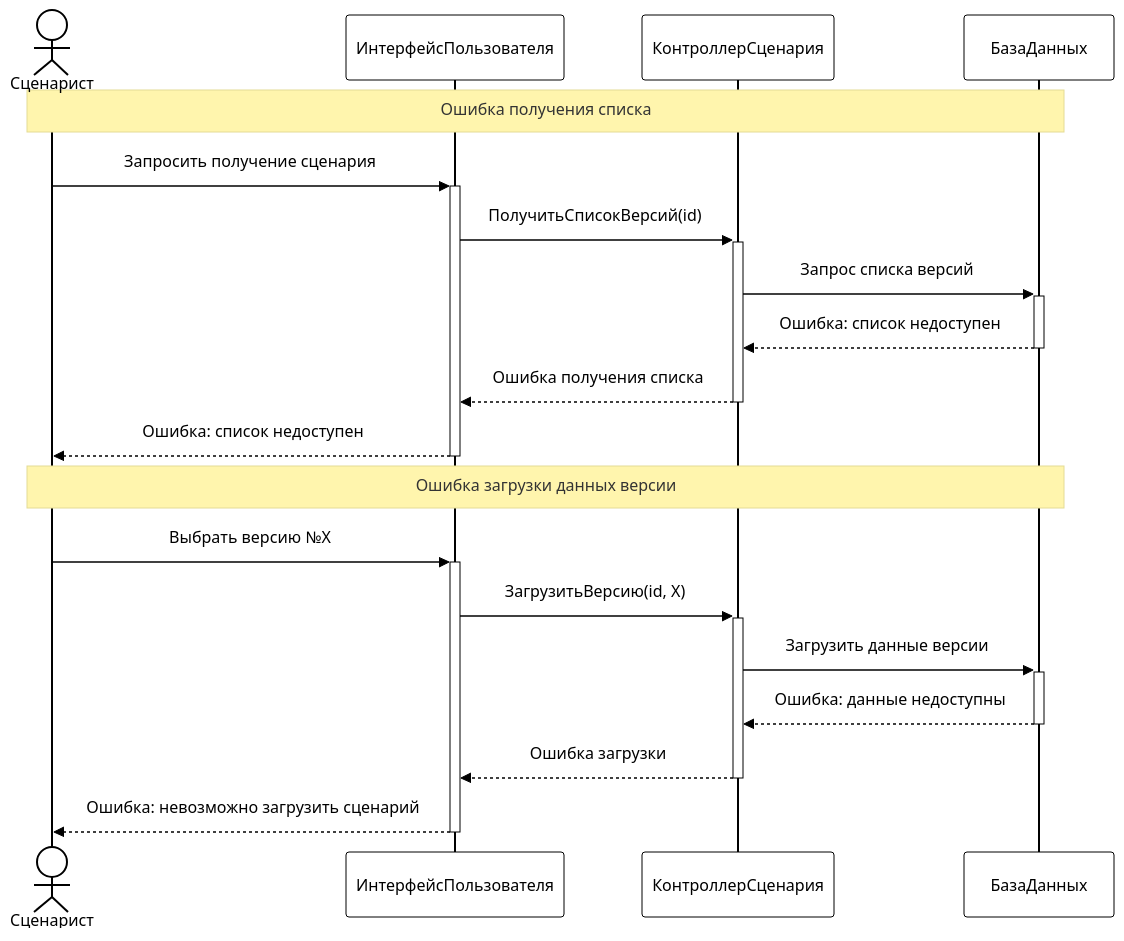
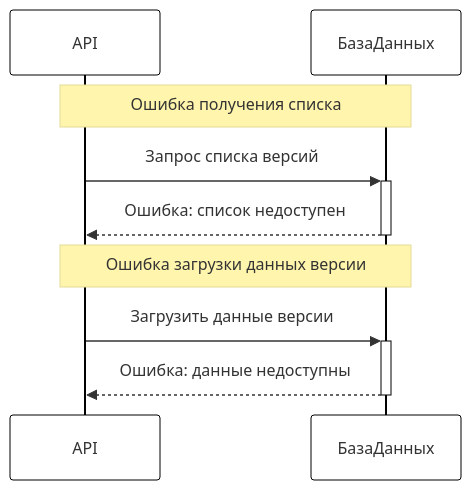
The fourth of 6 diagrams in Пакет Обработка эмбеддингов/Диаграмма последовательностей взаимодействия объектов классов.md (CHSU-scenarAIst/diagrammy), drawn with Mermaid before and after one commit. The commit also changed other lines of this file and 8 other files, not shown here.

````diff
--- a/Пакет Обработка эмбеддингов/Диаграмма последовательностей взаимодействия объектов классов.md
+++ b/Пакет Обработка эмбеддингов/Диаграмма последовательностей взаимодействия объектов классов.md
@@ -164,42 +91,22 @@
 ```mermaid
 %%{init: {
   'theme': 'base',
   'themeVariables': {
     'primaryColor': '#fff',
     'primaryBorderColor': '#000',
-    'lineColor': '#000',
-    'tertiaryColor': '#fff',
-    'edgeColor': '#000',
-    'fontFamily': 'arial',
     'fontSize': '16px',
-    'signalColor': '#000',
-    'signalTextColor': '#000',
-    'actorTextColor': '#000',
-    'actorLineColor': '#000',
-    'labelTextColor': '#000',
-    'activationBorderColor': '#000',
-    'activationBackgroundColor': '#000'
+    'activationBorderColor': '#000'
   }
 }}%%
 sequenceDiagram
-    actor User as Сценарист
-    participant UI as ИнтерфейсПользователя
-    participant Controller as КонтроллерСценария
+    participant Controller as API
     participant Storage as БазаДанных
 
-    Note over User,Storage: Ошибка получения списка
-    User->>+UI: Запросить получение сценария
-    UI->>+Controller: ПолучитьСписокВерсий(id)
+    Note over Controller,Storage: Ошибка получения списка
     Controller->>+Storage: Запрос списка версий
     Storage-->>-Controller: Ошибка: список недоступен
-    Controller-->>-UI: Ошибка получения списка
-    UI-->>-User: Ошибка: список недоступен
 
-    Note over User,Storage: Ошибка загрузки данных версии
-    User->>+UI: Выбрать версию №X
-    UI->>+Controller: ЗагрузитьВерсию(id, X)
+    Note over Controller,Storage: Ошибка загрузки данных версии
     Controller->>+Storage: Загрузить данные версии
     Storage-->>-Controller: Ошибка: данные недоступны
-    Controller-->>-UI: Ошибка загрузки
-    UI-->>-User: Ошибка: невозможно загрузить сценарий
 ```
````
